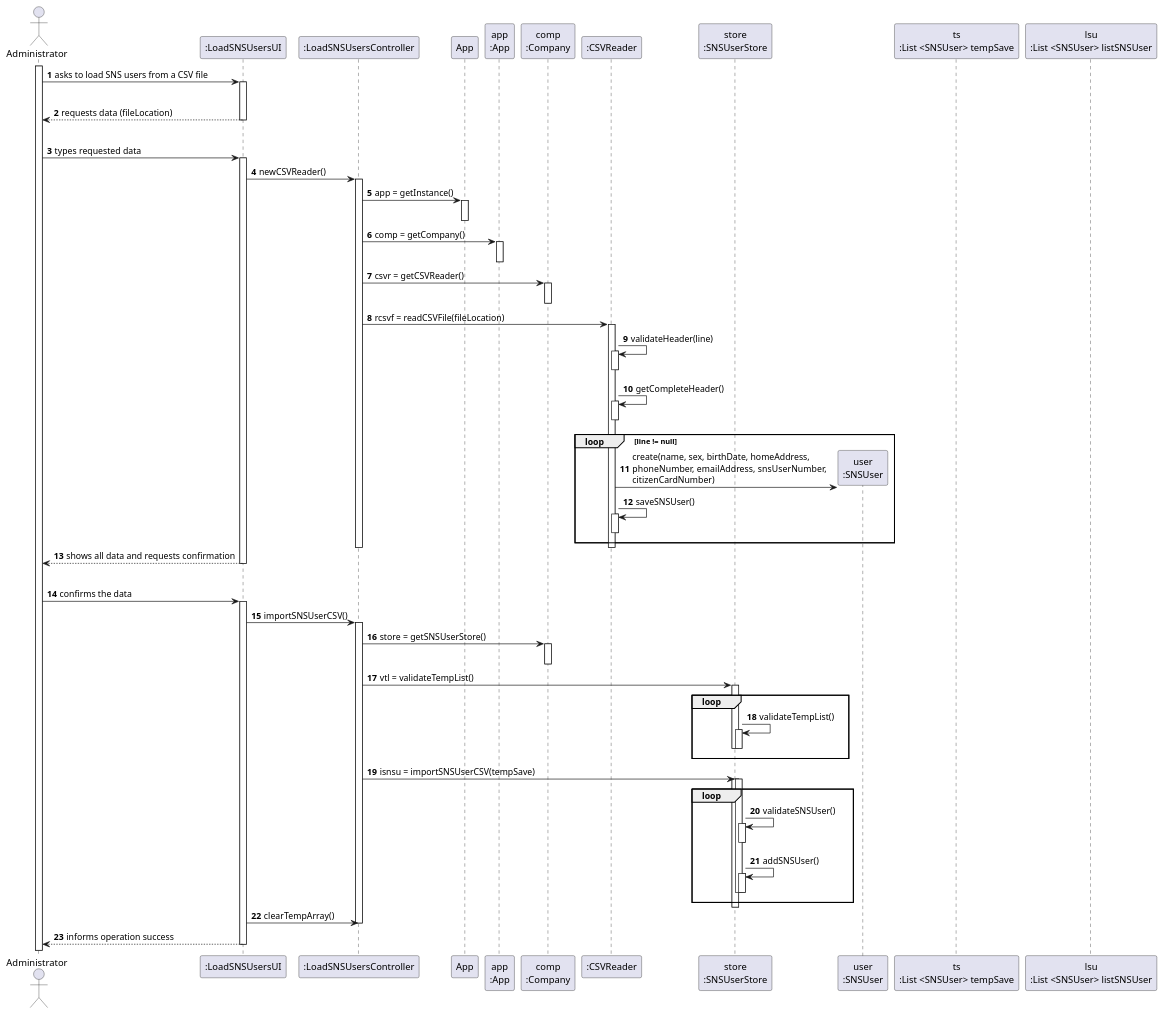
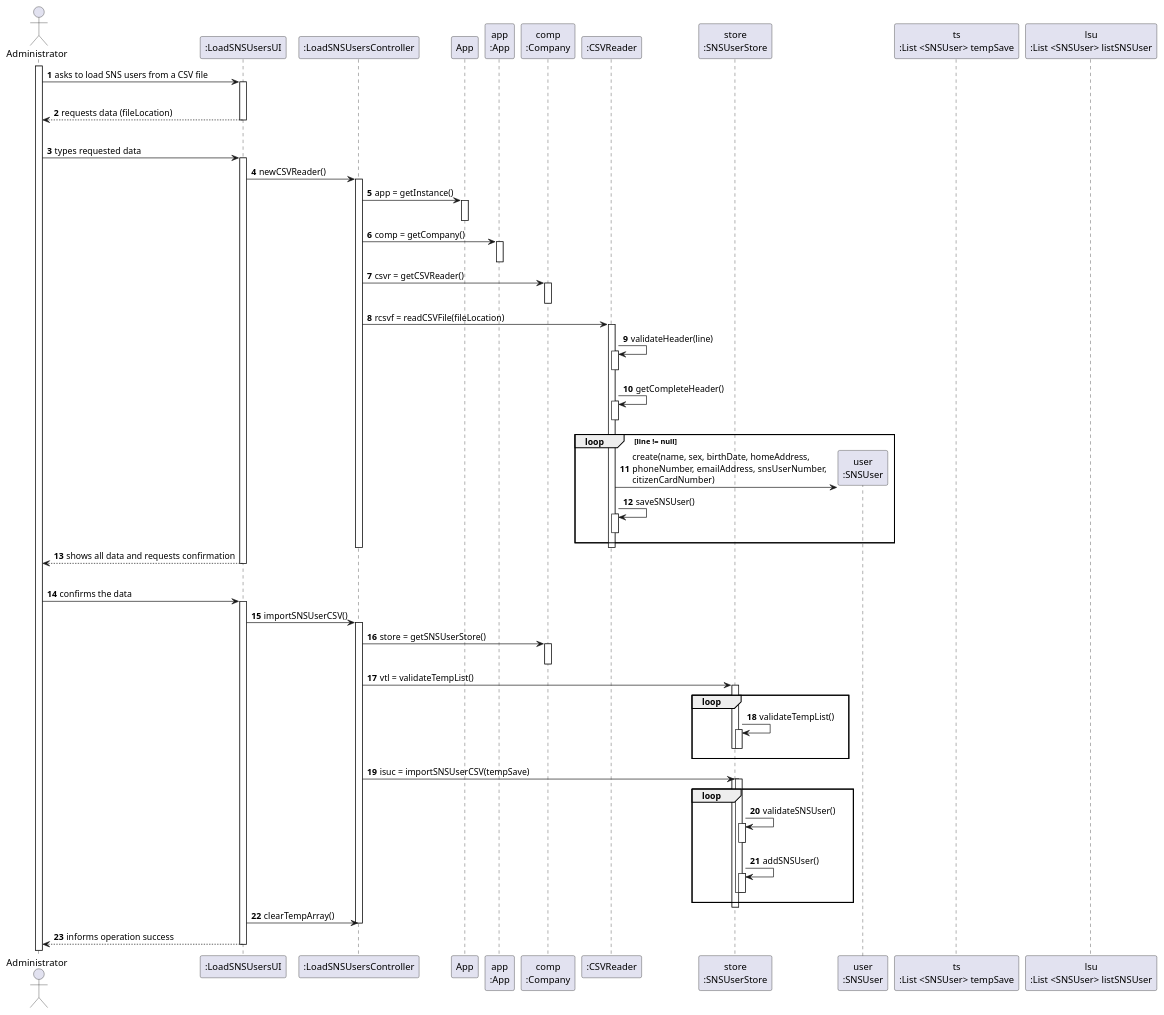
The diagram in docs/SprintC/US14/US14_SD.puml (diogonapoles/isep-lapr2), drawn with PlantUML before and after one commit.

Commit message:
[US14][Design]

```diff
--- a/docs/SprintC/US14/US14_SD.puml
+++ b/docs/SprintC/US14/US14_SD.puml
@@ -1,93 +1,93 @@
 @startuml
 autonumber
 'hide footbox
 actor "Administrator" as ADM
 
 participant ":LoadSNSUsersUI" as UI
 participant ":LoadSNSUsersController" as CTRL
 participant "App" as _APP
 participant "app\n:App" as APP
 participant "comp\n:Company" as COMP
 participant ":CSVReader" as CSV
 participant "store\n:SNSUserStore" as STORE
 participant "user\n:SNSUser" as SU
 participant "ts\n:List <SNSUser> tempSave"
 participant "lsu\n:List <SNSUser> listSNSUser"
 
 activate ADM
 ADM -> UI : asks to load SNS users from a CSV file
 activate UI
 |||
 UI --> ADM : requests data (fileLocation)
 deactivate UI
 |||
 
 ADM -> UI : types requested data
 activate UI
 UI -> CTRL : newCSVReader()
 activate CTRL
 CTRL -> _APP : app = getInstance()
 activate _APP
 deactivate _APP
 CTRL -> APP : comp = getCompany()
 activate APP
 deactivate APP
 CTRL -> COMP : csvr = getCSVReader()
 activate COMP
 deactivate COMP
 CTRL -> CSV : rcsvf = readCSVFile(fileLocation)
 activate CSV
 CSV -> CSV : validateHeader(line)
 activate CSV
 deactivate CSV
 CSV -> CSV : getCompleteHeader()
 activate CSV
 deactivate CSV
 loop line != null
     CSV -> SU **: create(name, sex, birthDate, homeAddress,\nphoneNumber, emailAddress, snsUserNumber,\ncitizenCardNumber)
     CSV -> CSV : saveSNSUser()
     activate CSV
     deactivate CSV
 
 end
 
 deactivate CSV
 deactivate CTRL
 UI --> ADM : shows all data and requests confirmation
 deactivate UI
 |||
 
 ADM -> UI : confirms the data
 activate UI
 UI -> CTRL: importSNSUserCSV()
 activate CTRL
 CTRL -> COMP: store = getSNSUserStore()
 activate COMP
 deactivate COMP
 CTRL -> STORE: vtl = validateTempList()
 loop
     activate STORE
     STORE -> STORE: validateTempList()
     activate STORE
     deactivate STORE
     deactivate STORE
 end
-CTRL -> STORE: isnsu = importSNSUserCSV(tempSave)
+CTRL -> STORE: isuc = importSNSUserCSV(tempSave)
 activate STORE
 loop
     activate STORE
     STORE -> STORE: validateSNSUser()
     activate STORE
     deactivate STORE
     STORE -> STORE: addSNSUser()
     activate STORE
     deactivate STORE
     deactivate STORE
 end
 activate STORE
 deactivate STORE
 UI -> CTRL : clearTempArray()
 deactivate CTRL
 UI --> ADM : informs operation success
 deactivate UI
 @enduml
```
